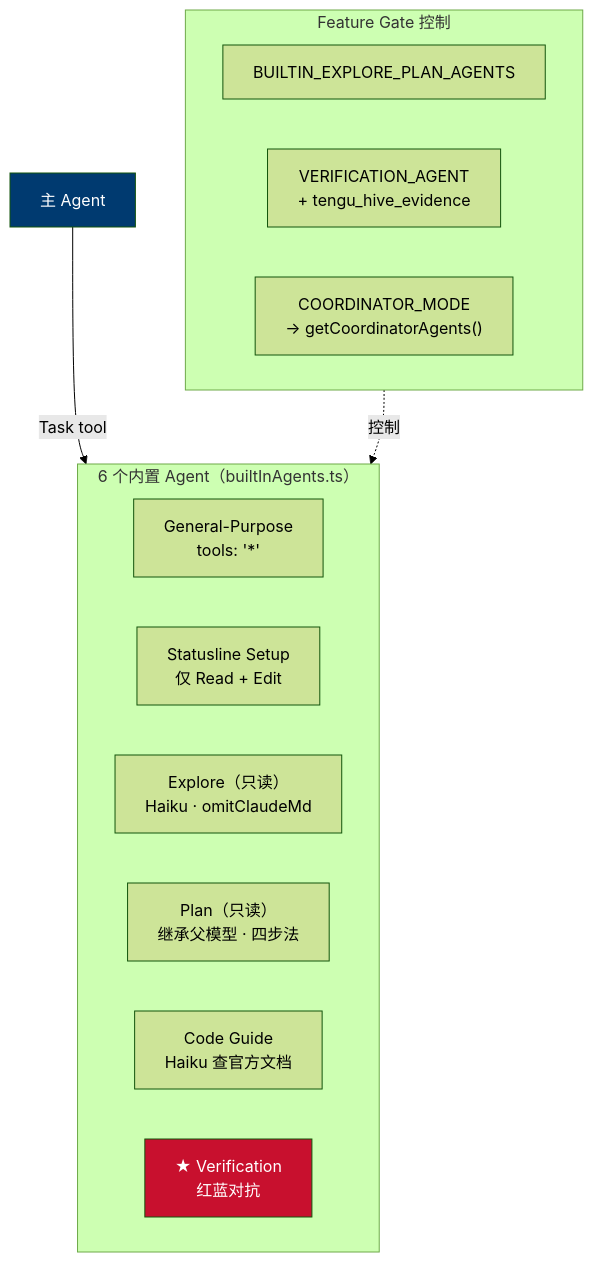
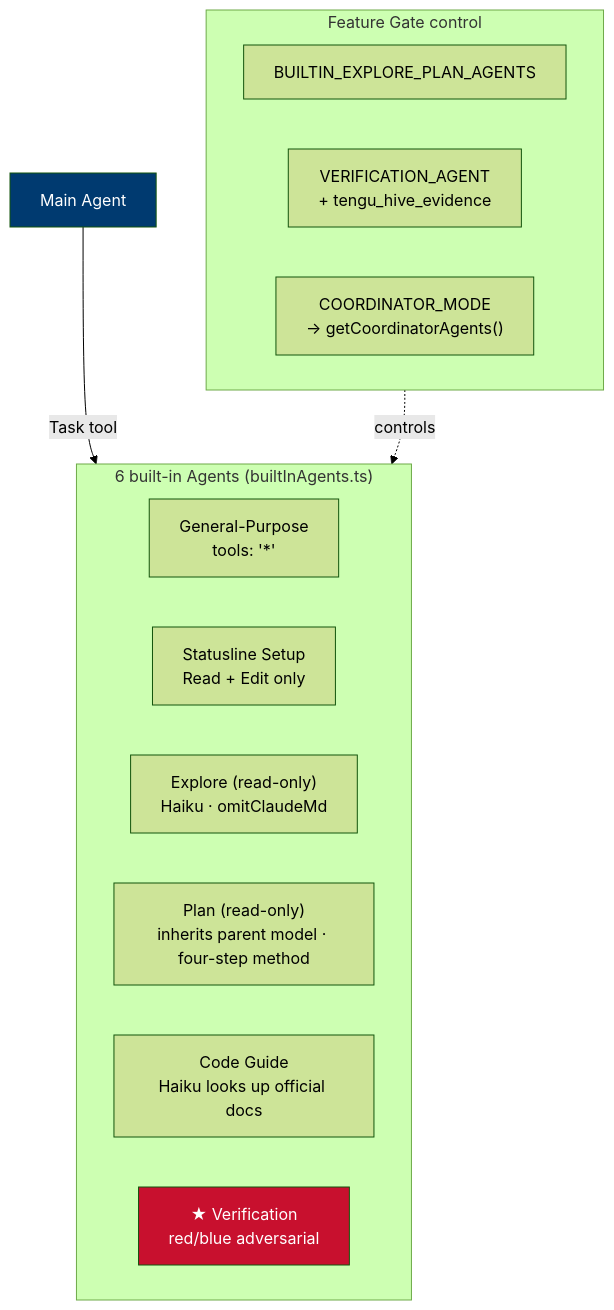
Before and after one commit to holny/Agent-Harness-Develop-Book: the eighth of 46 diagrams in README.md, drawn with Mermaid (forest theme). The commit also changed other lines of this file and 66 other files, not shown here.

Commit message:
Add English edition (default) with Chinese version, redraw 8 interactive diagrams in English, translate mermaid/ASCII diagrams and code comments

````diff
--- a/README.md
+++ b/README.md
@@ -1226,23 +1283,23 @@
 ```mermaid
 flowchart TD
-    subgraph BUILTIN["6 个内置 Agent（builtInAgents.ts）"]
+    subgraph BUILTIN["6 built-in Agents (builtInAgents.ts)"]
         GP["General-Purpose<br/>tools: '*'"]
-        SL["Statusline Setup<br/>仅 Read + Edit"]
-        EX["Explore（只读）<br/>Haiku · omitClaudeMd"]
-        PL["Plan（只读）<br/>继承父模型 · 四步法"]
-        CG["Code Guide<br/>Haiku 查官方文档"]
-        VF["★ Verification<br/>红蓝对抗"]
+        SL["Statusline Setup<br/>Read + Edit only"]
+        EX["Explore (read-only)<br/>Haiku · omitClaudeMd"]
+        PL["Plan (read-only)<br/>inherits parent model · four-step method"]
+        CG["Code Guide<br/>Haiku looks up official docs"]
+        VF["★ Verification<br/>red/blue adversarial"]
     end
 
-    subgraph GATE["Feature Gate 控制"]
+    subgraph GATE["Feature Gate control"]
         F1["BUILTIN_EXPLORE_PLAN_AGENTS"]
         F2["VERIFICATION_AGENT<br/>+ tengu_hive_evidence"]
         F3["COORDINATOR_MODE<br/>→ getCoordinatorAgents()"]
     end
 
-    MAIN["主 Agent"] -->|Task tool| BUILTIN
-    GATE -.控制.-> BUILTIN
+    MAIN["Main Agent"] -->|Task tool| BUILTIN
+    GATE -.controls.-> BUILTIN
 
     style VF fill:#C8102E,color:#fff
     style MAIN fill:#003A70,color:#fff
 ```
````
